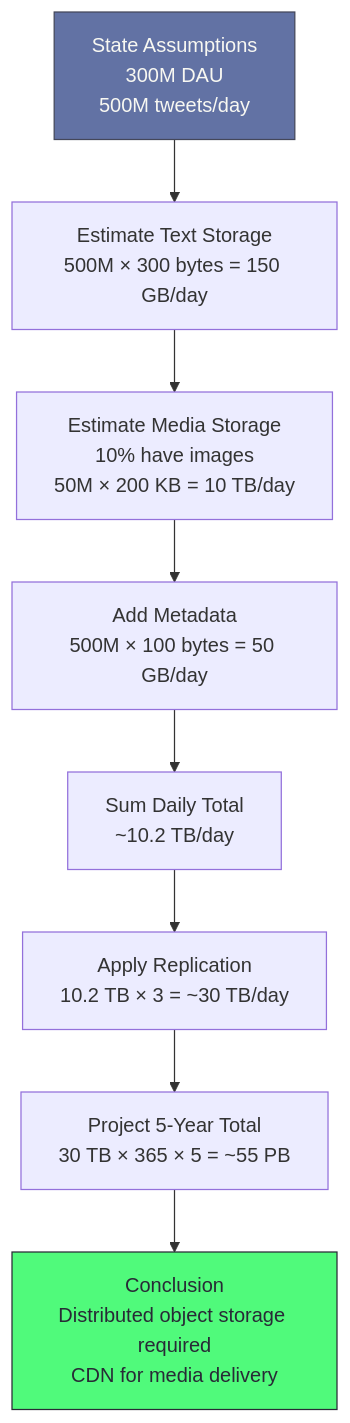
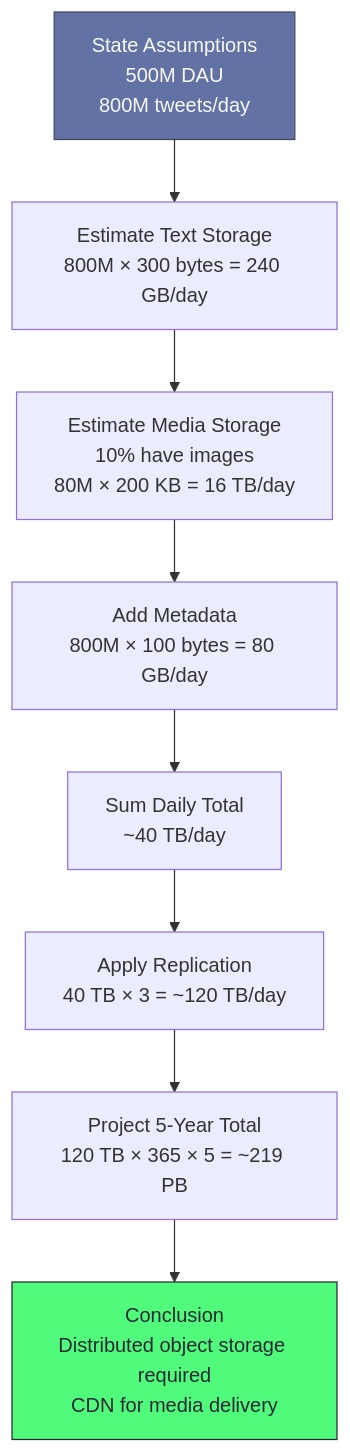
One commit to bachdx2812/dev-learning-hub changed the third of 7 diagrams in system-design/part-1-fundamentals/ch04-estimation.md. Above: the diagram before and after it, drawn with Mermaid. The commit also changed other lines of this file and 2 other files, not shown here.

First line of the commit message:
fix: update stale DAU/MAU numbers and strengthen review findings

````diff
--- a/system-design/part-1-fundamentals/ch04-estimation.md
+++ b/system-design/part-1-fundamentals/ch04-estimation.md
@@ -269,13 +273,13 @@
 ```mermaid
 flowchart TD
-    A["State Assumptions\n300M DAU\n500M tweets/day"] --> B["Estimate Text Storage\n500M × 300 bytes = 150 GB/day"]
-    B --> C["Estimate Media Storage\n10% have images\n50M × 200 KB = 10 TB/day"]
-    C --> D["Add Metadata\n500M × 100 bytes = 50 GB/day"]
-    D --> E["Sum Daily Total\n~10.2 TB/day"]
-    E --> F["Apply Replication\n10.2 TB × 3 = ~30 TB/day"]
-    F --> G["Project 5-Year Total\n30 TB × 365 × 5 = ~55 PB"]
+    A["State Assumptions\n500M DAU\n800M tweets/day"] --> B["Estimate Text Storage\n800M × 300 bytes = 240 GB/day"]
+    B --> C["Estimate Media Storage\n10% have images\n80M × 200 KB = 16 TB/day"]
+    C --> D["Add Metadata\n800M × 100 bytes = 80 GB/day"]
+    D --> E["Sum Daily Total\n~40 TB/day"]
+    E --> F["Apply Replication\n40 TB × 3 = ~120 TB/day"]
+    F --> G["Project 5-Year Total\n120 TB × 365 × 5 = ~219 PB"]
     G --> H["Conclusion\nDistributed object storage required\nCDN for media delivery"]
 
     style A fill:#6272a4,color:#f8f8f2,stroke:#44475a
     style H fill:#50fa7b,color:#282a36,stroke:#282a36
 ```
````
